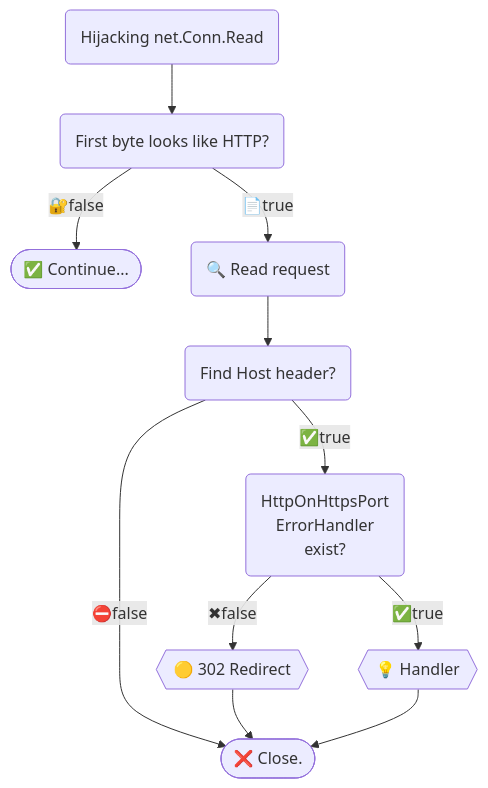
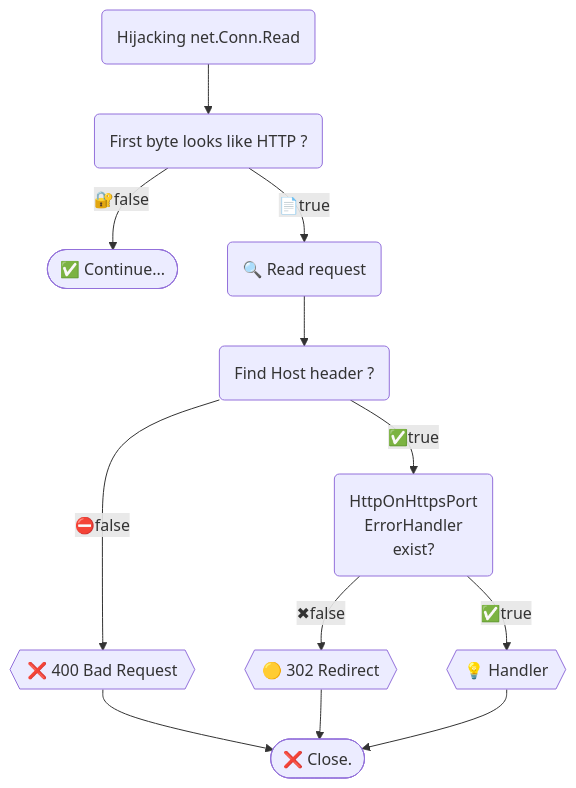
Before and after one commit to bddjr/hlfhr: the diagram in README.md, drawn with Mermaid. The commit also changed other lines of this file and 5 other files, not shown here.

````diff
--- a/README.md
+++ b/README.md
@@ -34,31 +34,33 @@
 ```mermaid
 flowchart TD
 	Read("Hijacking net.Conn.Read")
 
-	IsLooksLikeHTTP("First byte looks like HTTP?")
+	IsLooksLikeHTTP("First byte looks like HTTP ?")
 
 	Continue(["✅ Continue..."])
 
 	ReadRequest("🔍 Read request")
 
-	IsFindHostHeader("Find Host header?")
+	IsFindHostHeader("Find Host header ?")
 
 	IsHandlerExist("`
 	HttpOnHttpsPort
 	ErrorHandler
 	exist?`")
+
+	400BadRequest{{"❌ 400 Bad Request"}}
 
 	302Redirect{{"🟡 302 Redirect"}}
 
 	Handler{{"💡 Handler"}}
 
 	Close(["❌ Close."])
 
     Read --> IsLooksLikeHTTP
     IsLooksLikeHTTP -- "🔐false" --> Continue
     IsLooksLikeHTTP -- "📄true" --> ReadRequest --> IsFindHostHeader
-    IsFindHostHeader -- "⛔false" --> Close
+    IsFindHostHeader -- "⛔false" --> 400BadRequest --> Close
     IsFindHostHeader -- "✅true" --> IsHandlerExist
 	IsHandlerExist -- "✖false" --> 302Redirect --> Close
 	IsHandlerExist -- "✅true" --> Handler --> Close
 ```
````
